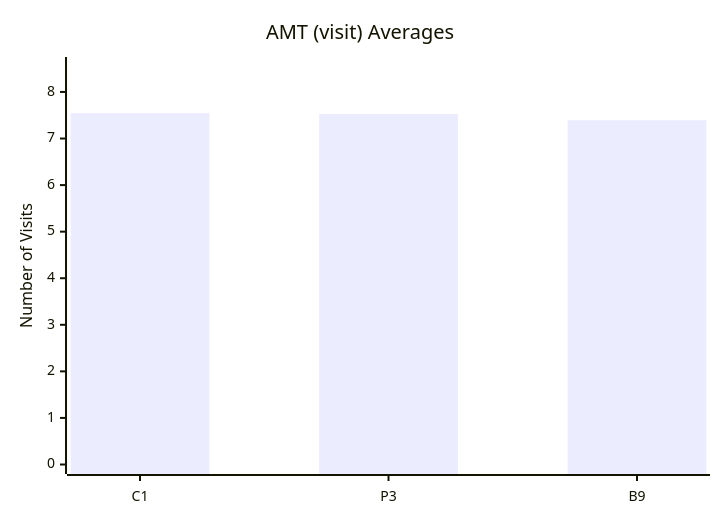
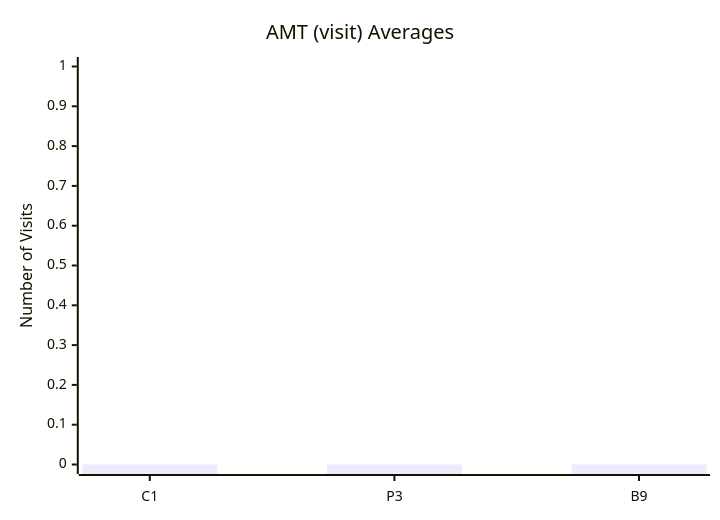
The tenth of 10 diagrams in test-tools/DataGen/src/Statistics_Visualizer.md (dhagan-va/intern-2025), drawn with Mermaid before and after one commit. The commit also changed other lines of this file and 3 other files, not shown here.

````diff
--- a/test-tools/DataGen/src/Statistics_Visualizer.md
+++ b/test-tools/DataGen/src/Statistics_Visualizer.md
@@ -108,7 +108,7 @@
 ```mermaid
 xychart-beta
     title "AMT (visit) Averages"
     x-axis ["C1", "P3", "B9"]
-    y-axis "Number of Visits" 0 --> 8.546545345465454
-    bar [7.546545345465454, 7.525947405259474, 7.392560743925608]
+    y-axis "Number of Visits" 0 --> 1.0
+    bar [0.0, 0.0, 0.0]
 ```
````
